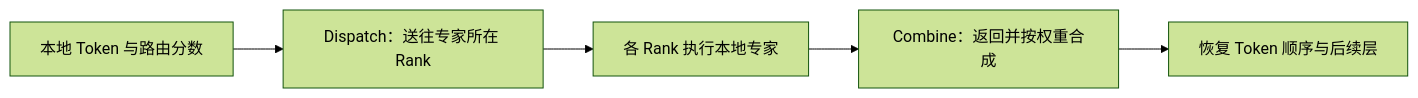
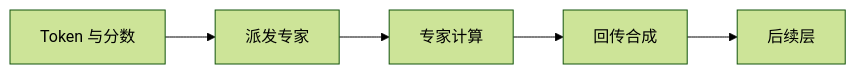
Before and after one commit to caomaolufei/AIInfraGuide: the diagram in docs/guides/模块四-推理优化/第6章-分布式推理/6.4-数据并行与专家并行.md, drawn with Mermaid (forest theme). The commit also changed other lines of this file and 12 other files, not shown here.

Commit message:
docs: revise chapter six explanations and add six teaching diagrams

````diff
--- a/docs/guides/模块四-推理优化/第6章-分布式推理/6.4-数据并行与专家并行.md
+++ b/docs/guides/模块四-推理优化/第6章-分布式推理/6.4-数据并行与专家并行.md
@@ -211,7 +214,7 @@
 ```mermaid
 graph LR
-    A["本地 Token 与路由分数"] --> B["Dispatch：送往专家所在 Rank"]
-    B --> C["各 Rank 执行本地专家"]
-    C --> D["Combine：返回并按权重合成"]
-    D --> E["恢复 Token 顺序与后续层"]
+    A["Token 与分数"] --> B["派发专家"]
+    B --> C["专家计算"]
+    C --> D["回传合成"]
+    D --> E["后续层"]
 ```
````
